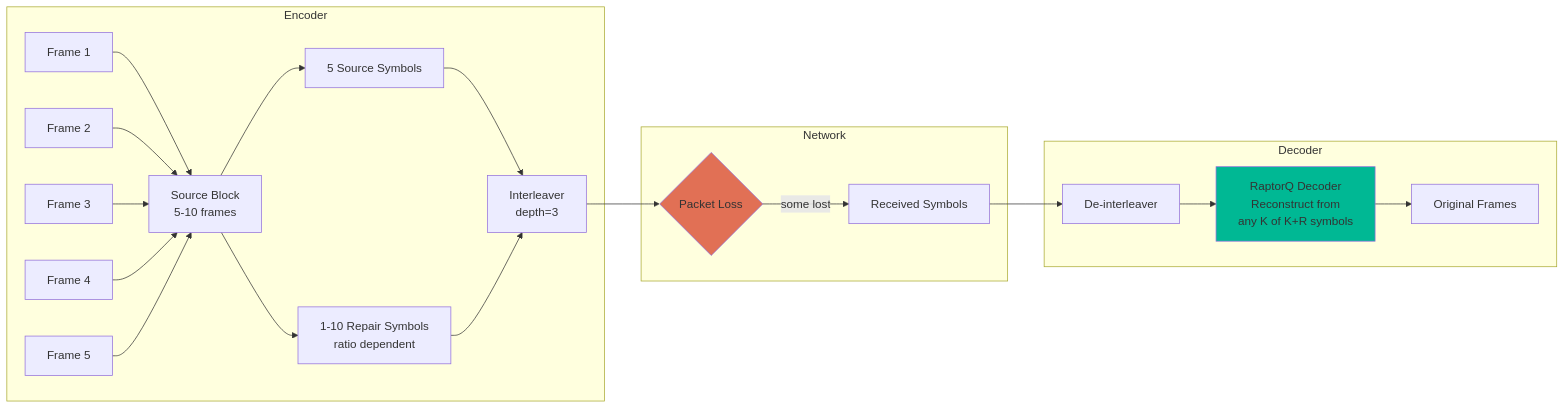
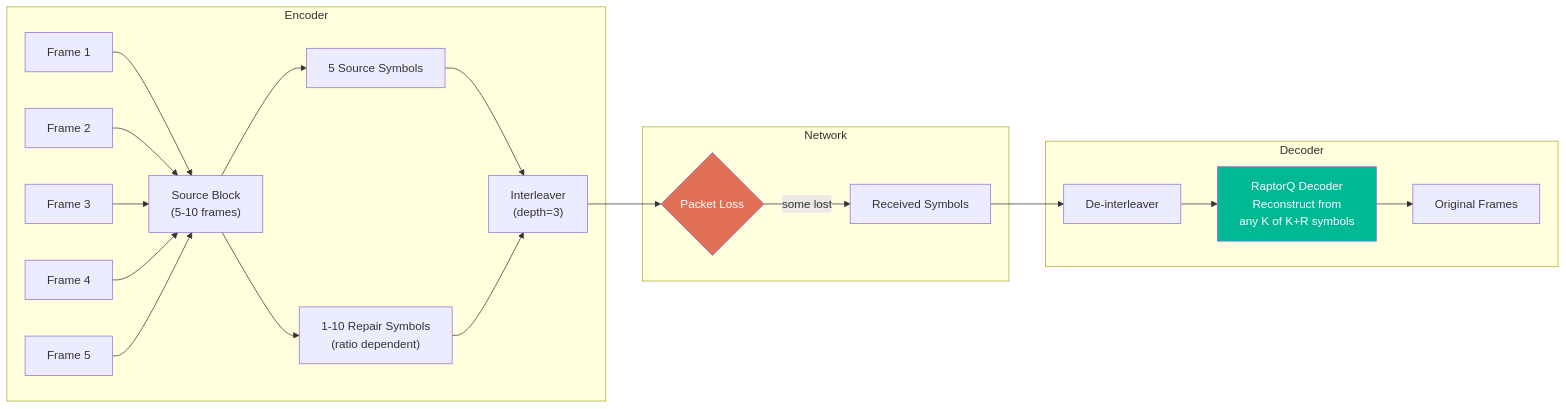
Before and after one commit to manawenuz/wzp: diagram 16 of 19 in docs/ARCHITECTURE.md, drawn with Mermaid. The commit also changed other lines of this file and 3 other files, not shown here.

First line of the commit message:
docs: comprehensive documentation — design, architecture, admin, user guide

````diff
--- a/docs/ARCHITECTURE.md
+++ b/docs/ARCHITECTURE.md
@@ -308,28 +656,28 @@
 ```mermaid
 graph LR
     subgraph "Encoder"
-        F1[Frame 1] --> BLK[Source Block<br/>5-10 frames]
+        F1[Frame 1] --> BLK["Source Block<br/>(5-10 frames)"]
         F2[Frame 2] --> BLK
         F3[Frame 3] --> BLK
         F4[Frame 4] --> BLK
         F5[Frame 5] --> BLK
         BLK --> SRC[5 Source Symbols]
-        BLK --> REP[1-10 Repair Symbols<br/>ratio dependent]
-        SRC --> INT[Interleaver<br/>depth=3]
+        BLK --> REP["1-10 Repair Symbols<br/>(ratio dependent)"]
+        SRC --> INT["Interleaver<br/>(depth=3)"]
         REP --> INT
     end
 
     subgraph "Network"
         INT --> LOSS{Packet Loss}
         LOSS -->|some lost| RCV[Received Symbols]
     end
 
     subgraph "Decoder"
         RCV --> DEINT[De-interleaver]
-        DEINT --> RAPTORQ[RaptorQ Decoder<br/>Reconstruct from<br/>any K of K+R symbols]
+        DEINT --> RAPTORQ["RaptorQ Decoder<br/>Reconstruct from<br/>any K of K+R symbols"]
         RAPTORQ --> OUT[Original Frames]
     end
 
-    style LOSS fill:#e17055
-    style RAPTORQ fill:#00b894
+    style LOSS fill:#e17055,color:#fff
+    style RAPTORQ fill:#00b894,color:#fff
 ```
````
